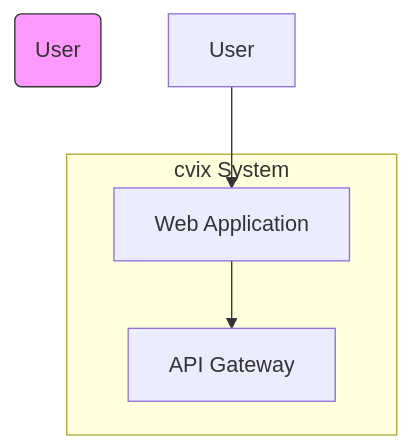
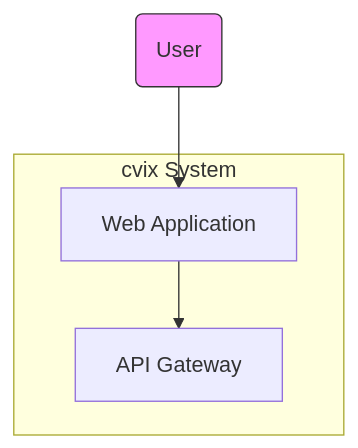
One commit to dallay/starter-gradle changed the diagram in .agents/skills/c4-diagrams/assets/mermaid-example.mmd. Above: the diagram before and after it, drawn with Mermaid.

```diff
--- a/.agents/skills/c4-diagrams/assets/mermaid-example.mmd
+++ b/.agents/skills/c4-diagrams/assets/mermaid-example.mmd
@@ -1,12 +1,12 @@
 %% Mermaid C4-style example (assets/mermaid-example.mmd)
 flowchart TB
   %% Context diagram
-  actor(User):::person
+  User(User):::person
   subgraph SYSTEM [cvix System]
     WEB["Web Application"]
     API["API Gateway"]
   end
   User --> WEB
   WEB --> API
 
   classDef person fill:#f9f,stroke:#333,stroke-width:1px
```
